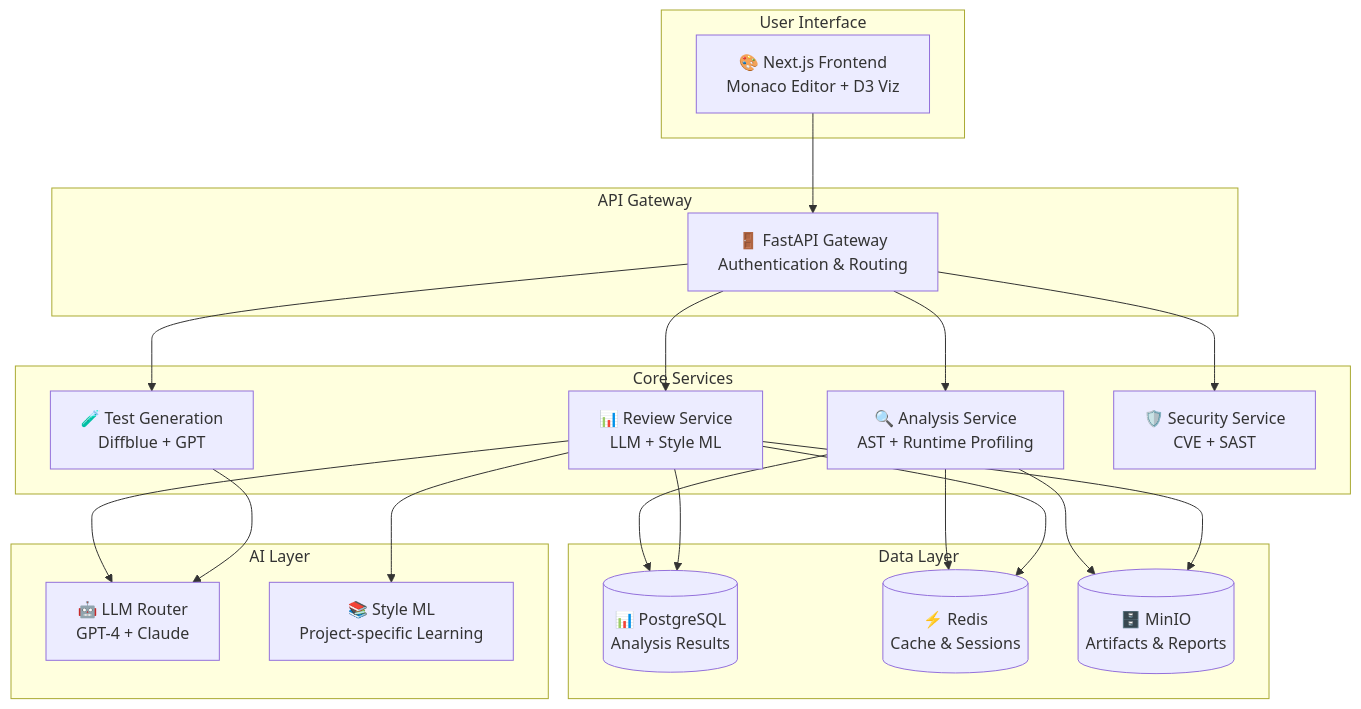
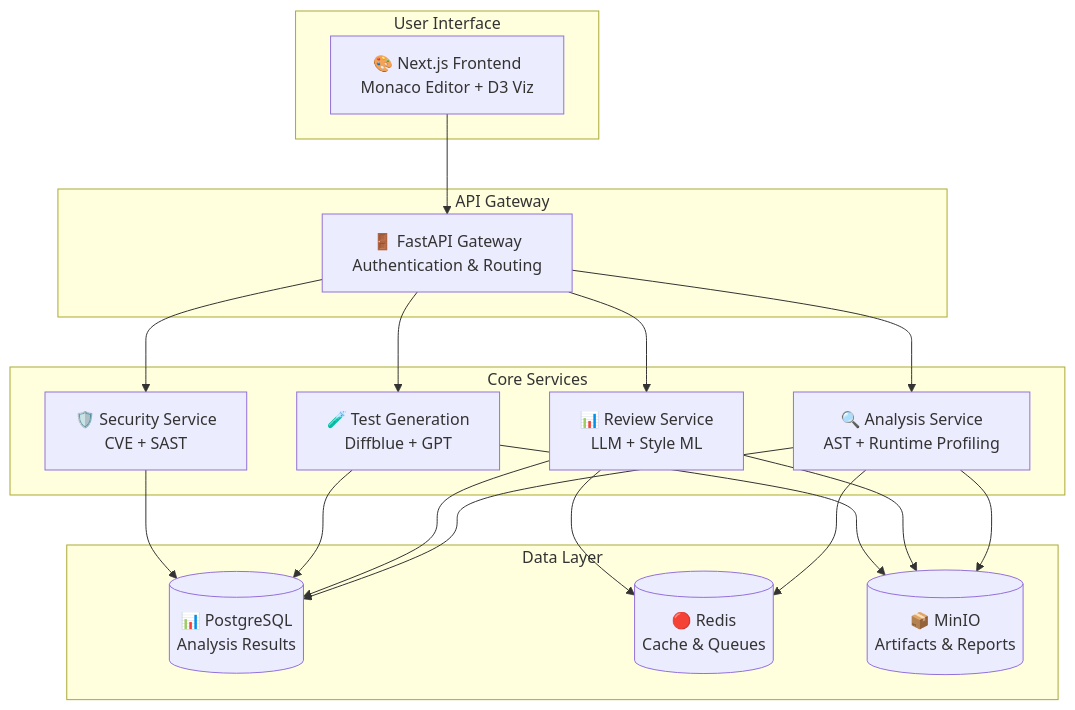
One commit to Cyril-36/Codie changed the diagram in README.md. Above: the diagram before and after it, drawn with Mermaid. The commit also changed other lines of this file, not shown here.

````diff
--- a/README.md
+++ b/README.md
@@ -27,46 +35,41 @@
 ```mermaid
 graph TB
     subgraph "User Interface"
         UI["🎨 Next.js Frontend<br/>Monaco Editor + D3 Viz"]
     end
     
     subgraph "API Gateway"
         GW["🚪 FastAPI Gateway<br/>Authentication & Routing"]
     end
     
     subgraph "Core Services"
         AS["🔍 Analysis Service<br/>AST + Runtime Profiling"]
         RS["📊 Review Service<br/>LLM + Style ML"]
         TS["🧪 Test Generation<br/>Diffblue + GPT"]
         SS["🛡️ Security Service<br/>CVE + SAST"]
     end
     
     subgraph "Data Layer"
         PG[("📊 PostgreSQL<br/>Analysis Results")]
-        RD[("⚡ Redis<br/>Cache & Sessions")]
-        MC[("🗄️ MinIO<br/>Artifacts & Reports")]
-    end
-    
-    subgraph "AI Layer"
-        LLM["🤖 LLM Router<br/>GPT-4 + Claude"]
-        ML["📚 Style ML<br/>Project-specific Learning"]
+        RD[("🔴 Redis<br/>Cache & Queues")]
+        S3[("📦 MinIO<br/>Artifacts & Reports")]
     end
     
     UI --> GW
     GW --> AS
     GW --> RS
     GW --> TS
     GW --> SS
     
     AS --> PG
     RS --> PG
-    RS --> LLM
-    RS --> ML
-    TS --> LLM
+    TS --> PG
+    SS --> PG
     
     AS --> RD
     RS --> RD
     
-    AS --> MC
-    RS --> MC
+    AS --> S3
+    RS --> S3
+    TS --> S3
 ```
````
